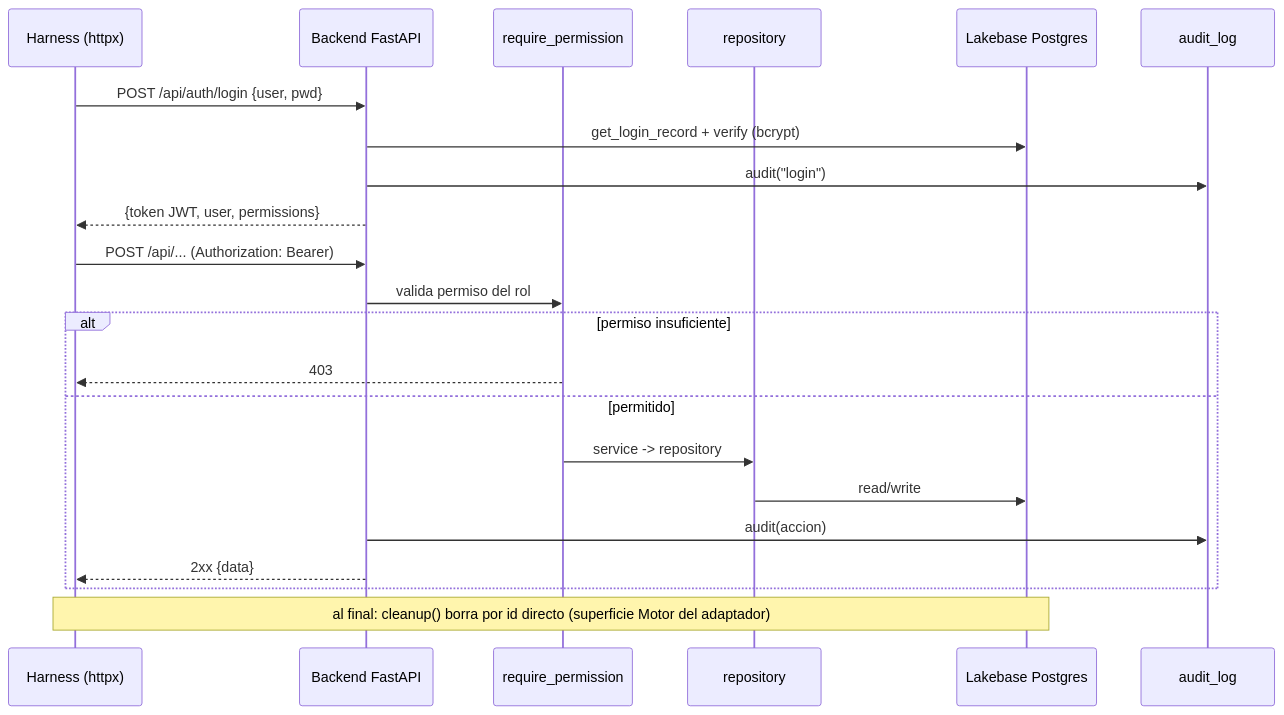
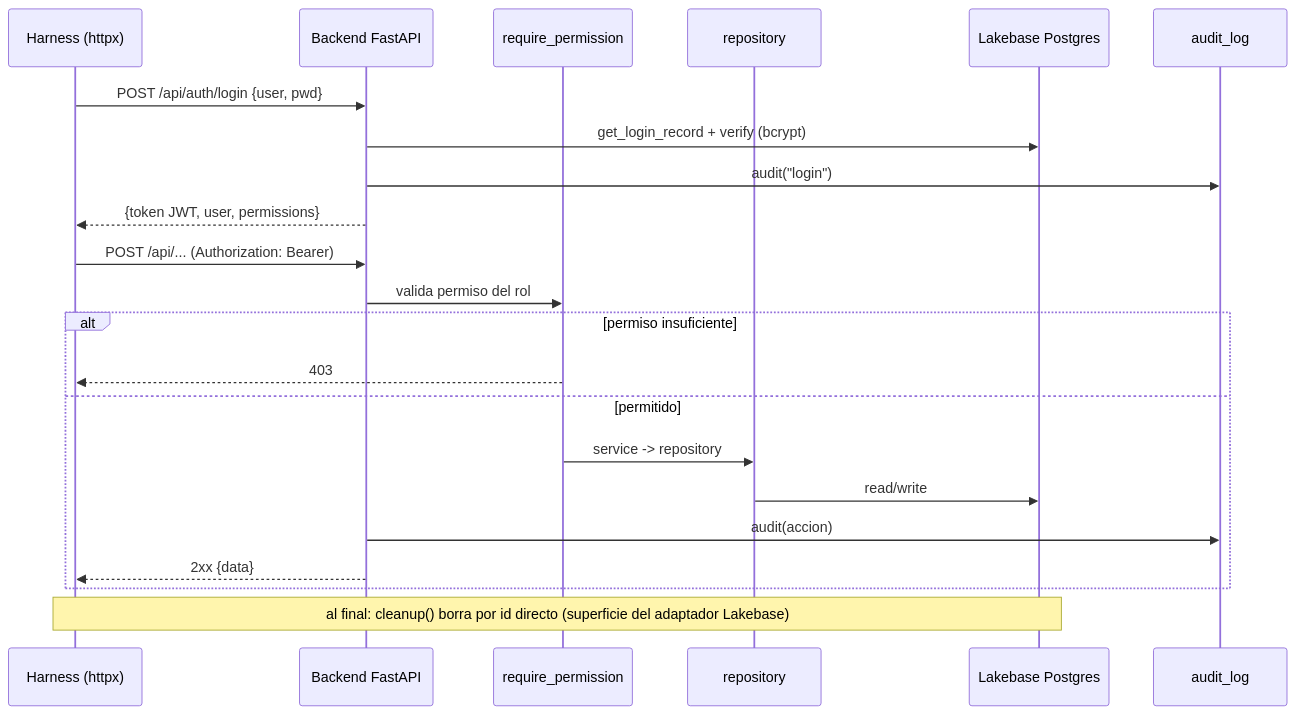
One commit to Carlosmps97/backend-data-model-hub changed the fourth of 6 diagrams in doc/testing.md. Above: the diagram before and after it, drawn with Mermaid. The commit also changed other lines of this file and 20 other files, not shown here.

````diff
--- a/doc/testing.md
+++ b/doc/testing.md
@@ -456,25 +456,25 @@
 ```mermaid
 sequenceDiagram
     participant H as Harness (httpx)
     participant API as Backend FastAPI
     participant RBAC as require_permission
     participant Repo as repository
     participant DB as Lakebase Postgres
     participant Aud as audit_log
 
     H->>API: POST /api/auth/login {user, pwd}
     API->>DB: get_login_record + verify (bcrypt)
     API->>Aud: audit("login")
     API-->>H: {token JWT, user, permissions}
     H->>API: POST /api/... (Authorization: Bearer)
     API->>RBAC: valida permiso del rol
     alt permiso insuficiente
         RBAC-->>H: 403
     else permitido
         RBAC->>Repo: service -> repository
         Repo->>DB: read/write
         API->>Aud: audit(accion)
         API-->>H: 2xx {data}
     end
-    Note over H,DB: al final: cleanup() borra por id directo (superficie Motor del adaptador)
+    Note over H,DB: al final: cleanup() borra por id directo (superficie del adaptador Lakebase)
 ```
````
